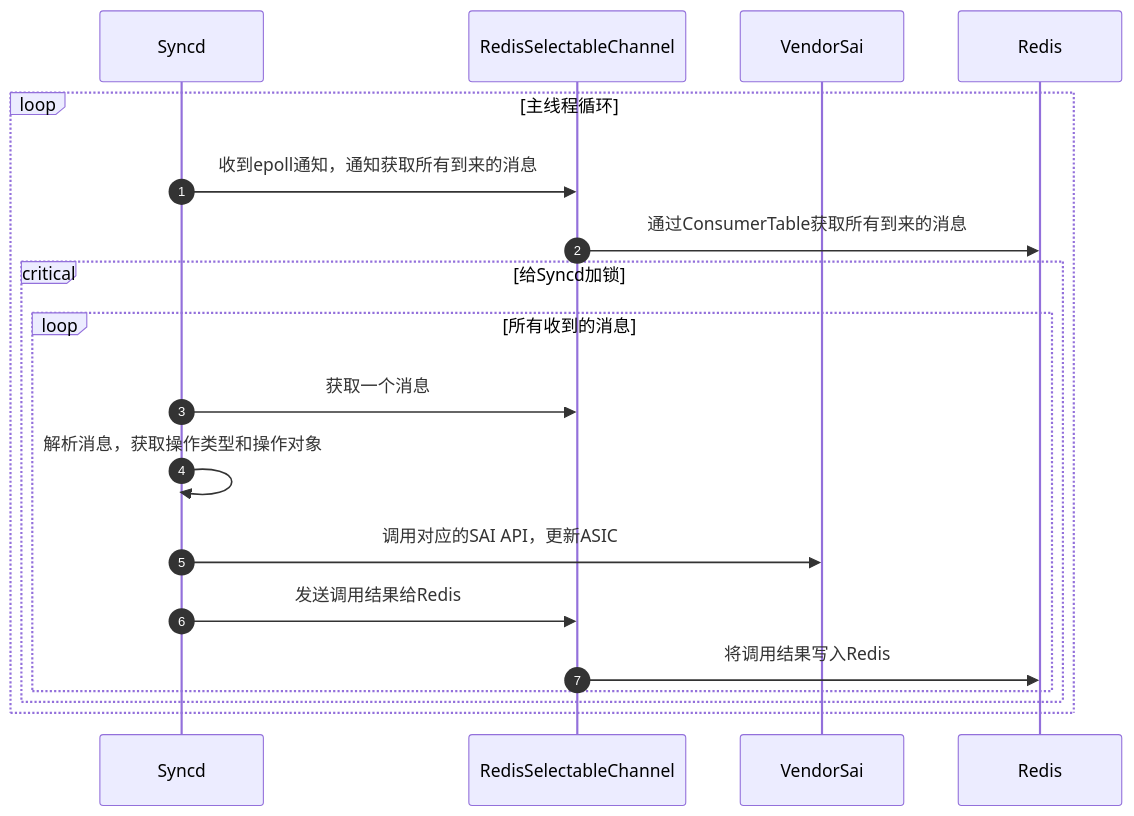
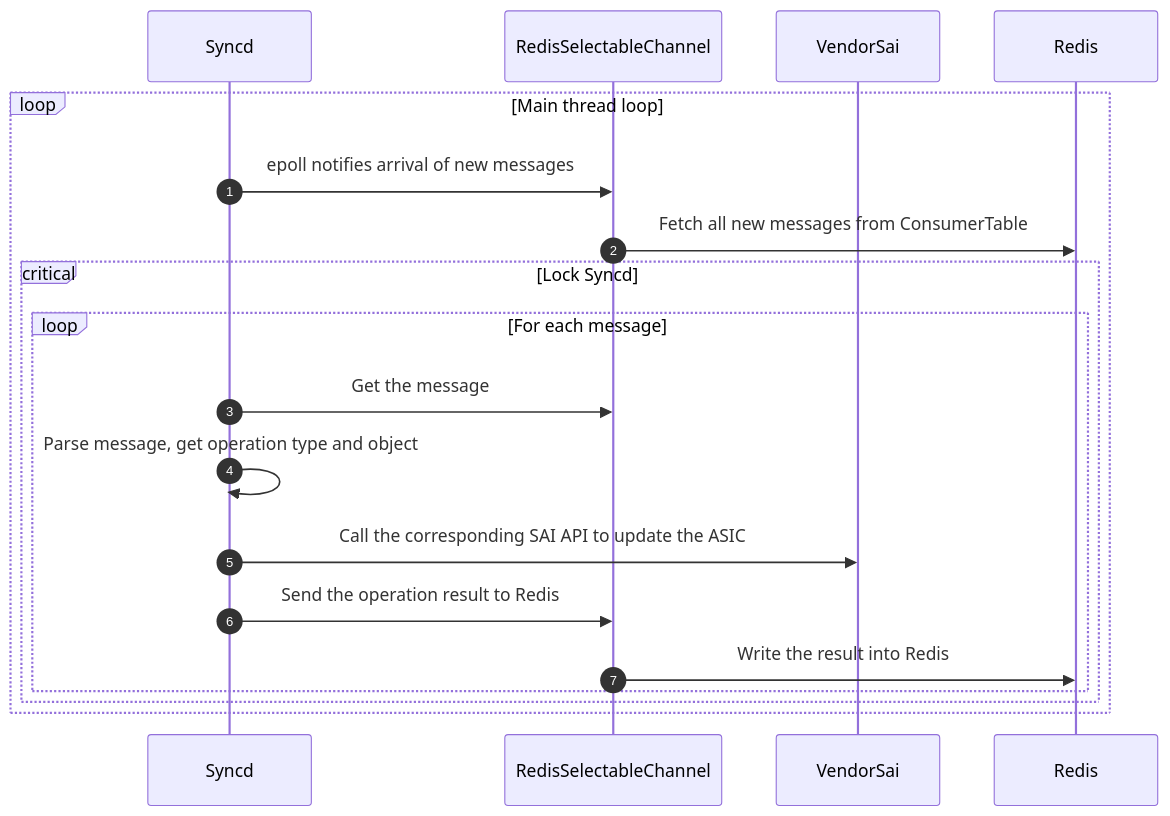
One commit to r12f/sonic-book changed the third of 4 diagrams in src/5-1-syncd-and-sai.md. Above: the diagram before and after it, drawn with Mermaid. The commit also changed other lines of this file and 53 other files, not shown here.

````diff
--- a/src/5-1-syncd-and-sai.md
+++ b/src/5-1-syncd-and-sai.md
@@ -434,23 +437,23 @@
 ```mermaid
 sequenceDiagram
     autonumber
     participant SD as Syncd
     participant RSC as RedisSelectableChannel
     participant SAI as VendorSai
     participant R as Redis
 
-    loop 主线程循环
-        SD->>RSC: 收到epoll通知，通知获取所有到来的消息
-        RSC->>R: 通过ConsumerTable获取所有到来的消息
+    loop Main thread loop
+        SD->>RSC: epoll notifies arrival of new messages
+        RSC->>R: Fetch all new messages from ConsumerTable
 
-        critical 给Syncd加锁
-            loop 所有收到的消息
-                SD->>RSC: 获取一个消息
-                SD->>SD: 解析消息，获取操作类型和操作对象
-                SD->>SAI: 调用对应的SAI API，更新ASIC
-                SD->>RSC: 发送调用结果给Redis
-                RSC->>R: 将调用结果写入Redis
+        critical Lock Syncd
+            loop For each message
+                SD->>RSC: Get the message
+                SD->>SD: Parse message, get operation type and object
+                SD->>SAI: Call the corresponding SAI API to update the ASIC
+                SD->>RSC: Send the operation result to Redis
+                RSC->>R: Write the result into Redis
             end
         end
     end
 ```
````
